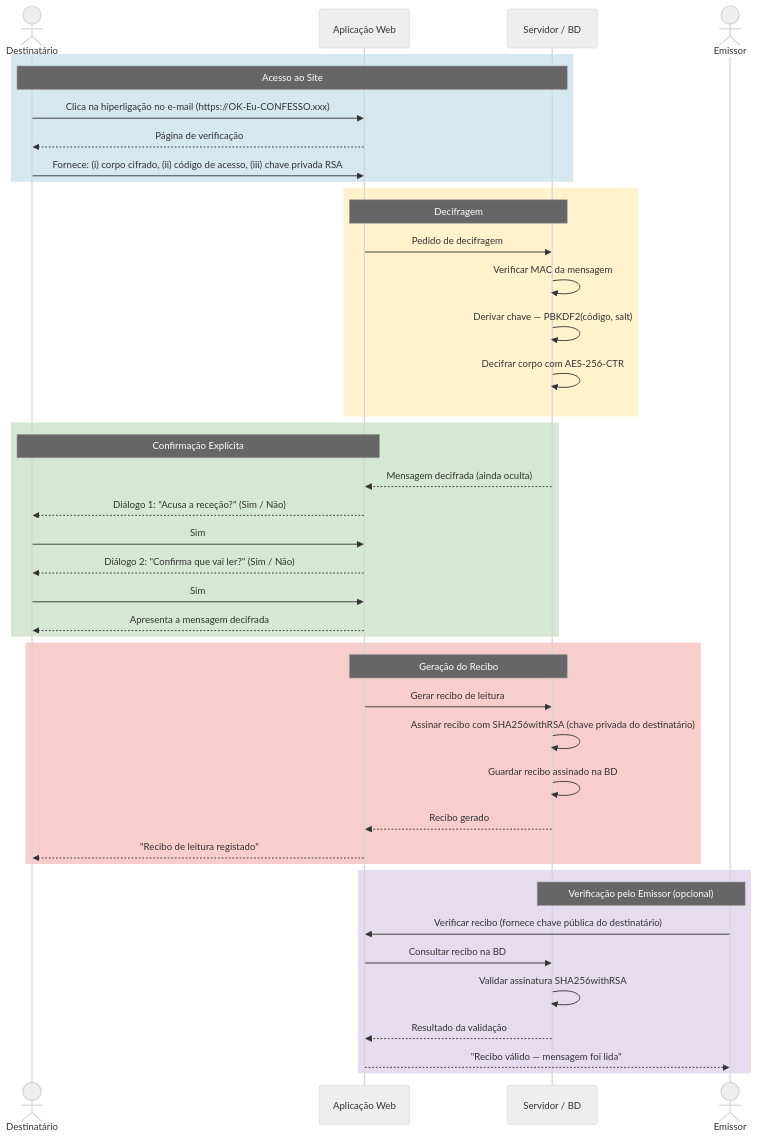
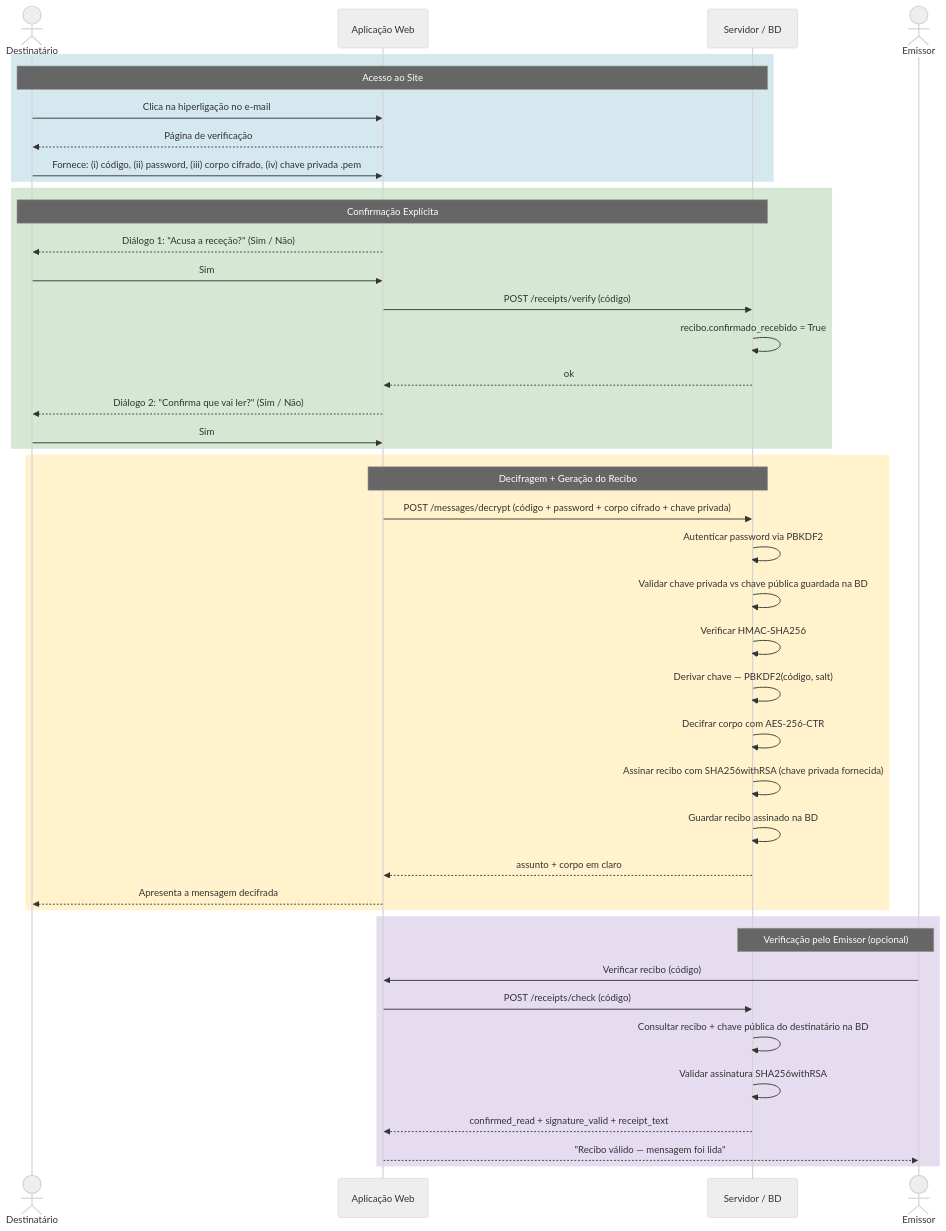
The fifth of 5 diagrams in diagramas_OK-Eu-CONFESSO.md (Brunocor26/SI_Ok_Eu_CONFESSO), drawn with Mermaid (neutral theme) before and after one commit. The commit also changed other lines of this file and 11 other files, not shown here.

Commit message:
feat: enhance message decryption flow with private key validation and update related components

````diff
--- a/diagramas_OK-Eu-CONFESSO.md
+++ b/diagramas_OK-Eu-CONFESSO.md
@@ -171,50 +175,49 @@
 ```mermaid
 sequenceDiagram
     actor Destinatário
     participant App as Aplicação Web
     participant Srv as Servidor / BD
     actor Emissor
 
     rect rgb(213, 232, 240)
         Note over Destinatário,Srv: Acesso ao Site
-        Destinatário->>App: Clica na hiperligação no e-mail (https://OK-Eu-CONFESSO.xxx)
+        Destinatário->>App: Clica na hiperligação no e-mail
         App-->>Destinatário: Página de verificação
-        Destinatário->>App: Fornece: (i) corpo cifrado, (ii) código de acesso, (iii) chave privada RSA
+        Destinatário->>App: Fornece: (i) código, (ii) password, (iii) corpo cifrado, (iv) chave privada .pem
+    end
+
+    rect rgb(212, 232, 212)
+        Note over Destinatário,Srv: Confirmação Explícita
+        App-->>Destinatário: Diálogo 1: "Acusa a receção?" (Sim / Não)
+        Destinatário->>App: Sim
+        App->>Srv: POST /receipts/verify (código)
+        Srv->>Srv: recibo.confirmado_recebido = True
+        Srv-->>App: ok
+        App-->>Destinatário: Diálogo 2: "Confirma que vai ler?" (Sim / Não)
+        Destinatário->>App: Sim
     end
 
     rect rgb(255, 242, 204)
-        Note over App,Srv: Decifragem
-        App->>Srv: Pedido de decifragem
-        Srv->>Srv: Verificar MAC da mensagem
+        Note over App,Srv: Decifragem + Geração do Recibo
+        App->>Srv: POST /messages/decrypt (código + password + corpo cifrado + chave privada)
+        Srv->>Srv: Autenticar password via PBKDF2
+        Srv->>Srv: Validar chave privada vs chave pública guardada na BD
+        Srv->>Srv: Verificar HMAC-SHA256
         Srv->>Srv: Derivar chave — PBKDF2(código, salt)
         Srv->>Srv: Decifrar corpo com AES-256-CTR
-    end
-
-    rect rgb(212, 232, 212)
-        Note over Destinatário,App: Confirmação Explícita
-        Srv-->>App: Mensagem decifrada (ainda oculta)
-        App-->>Destinatário: Diálogo 1: "Acusa a receção?" (Sim / Não)
-        Destinatário->>App: Sim
-        App-->>Destinatário: Diálogo 2: "Confirma que vai ler?" (Sim / Não)
-        Destinatário->>App: Sim
+        Srv->>Srv: Assinar recibo com SHA256withRSA (chave privada fornecida)
+        Srv->>Srv: Guardar recibo assinado na BD
+        Srv-->>App: assunto + corpo em claro
         App-->>Destinatário: Apresenta a mensagem decifrada
-    end
-
-    rect rgb(248, 206, 204)
-        Note over App,Srv: Geração do Recibo
-        App->>Srv: Gerar recibo de leitura
-        Srv->>Srv: Assinar recibo com SHA256withRSA (chave privada do destinatário)
-        Srv->>Srv: Guardar recibo assinado na BD
-        Srv-->>App: Recibo gerado
-        App-->>Destinatário: "Recibo de leitura registado"
     end
 
     rect rgb(230, 220, 240)
         Note over Emissor,Srv: Verificação pelo Emissor (opcional)
-        Emissor->>App: Verificar recibo (fornece chave pública do destinatário)
-        App->>Srv: Consultar recibo na BD
+        Emissor->>App: Verificar recibo (código)
+        App->>Srv: POST /receipts/check (código)
+        Srv->>Srv: Consultar recibo + chave pública do destinatário na BD
         Srv->>Srv: Validar assinatura SHA256withRSA
-        Srv-->>App: Resultado da validação
+        Srv-->>App: confirmed_read + signature_valid + receipt_text
         App-->>Emissor: "Recibo válido — mensagem foi lida"
     end
 ```
````
